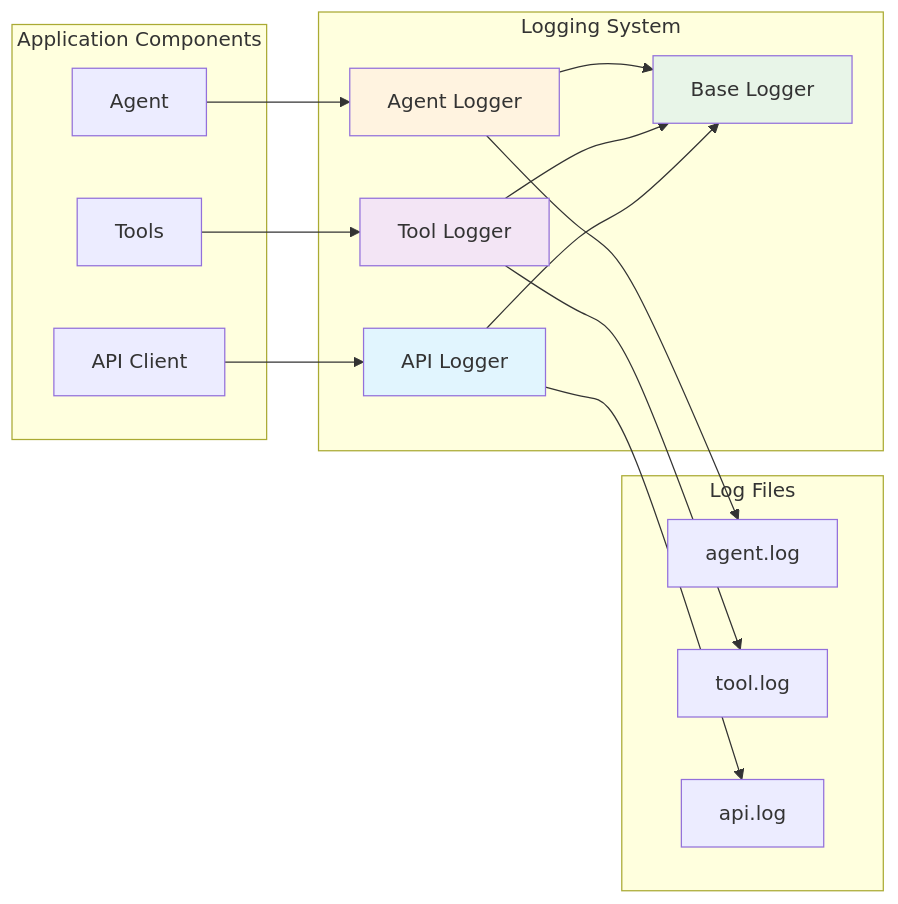
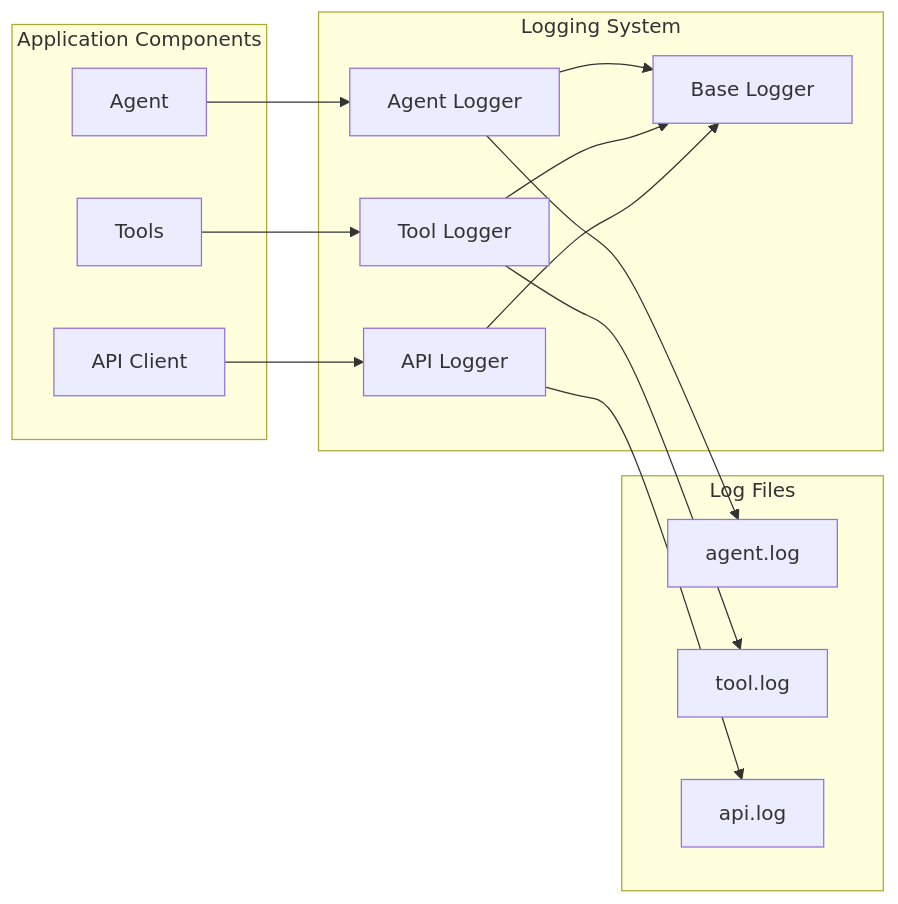
Before and after one commit to mirzaazwad/AIToolProject: the fifth of 5 diagrams in README.md, drawn with Mermaid. The commit also changed other lines of this file and 2 other files, not shown here.

````diff
--- a/README.md
+++ b/README.md
@@ -950,36 +913,31 @@
 ```mermaid
 graph LR
     subgraph "Application Components"
         A[Agent]
         B[Tools]
         C[API Client]
     end
 
     subgraph "Logging System"
         D[Agent Logger]
         E[Tool Logger]
         F[API Logger]
         G[Base Logger]
     end
 
     subgraph "Log Files"
         H[agent.log]
         I[tool.log]
         J[api.log]
     end
 
     A --> D
     B --> E
     C --> F
     D --> G
     E --> G
     F --> G
     D --> H
     E --> I
     F --> J
-
-    style G fill:#e8f5e8
-    style D fill:#fff3e0
-    style E fill:#f3e5f5
-    style F fill:#e1f5fe
 ```
````
